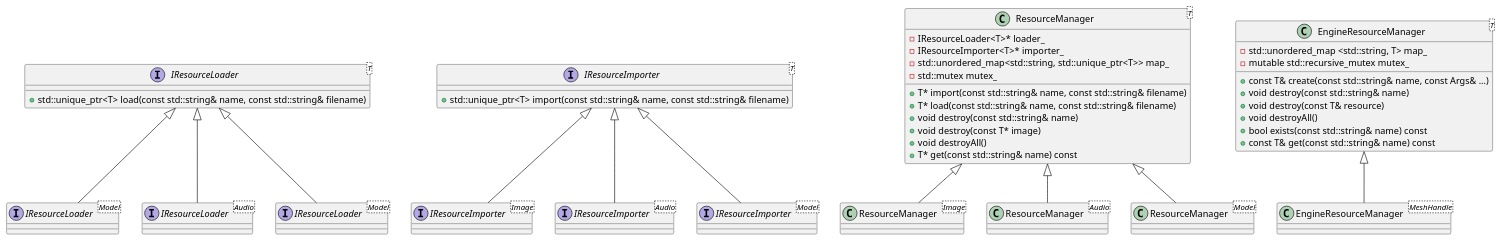
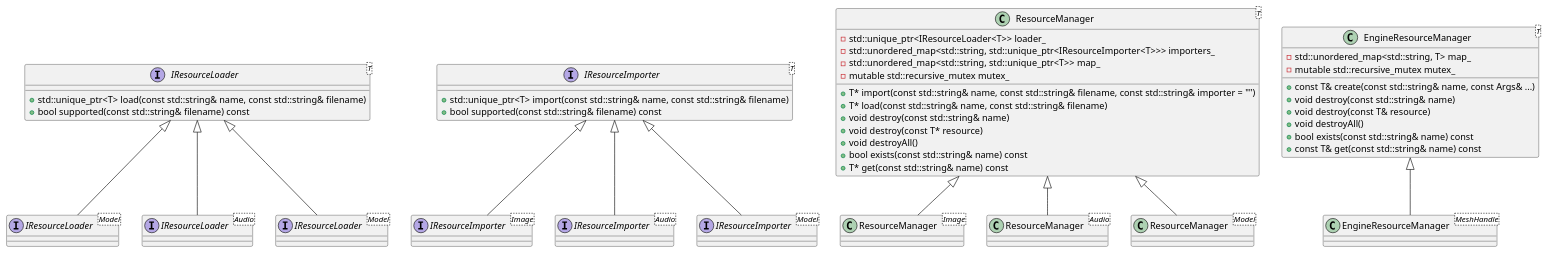
One commit to icebreakersentertainment/ice_engine changed the diagram in design/resource_management_architecture.puml. Above: the diagram before and after it, drawn with PlantUML. The commit also changed 21 other files, not shown here.

```diff
--- a/design/resource_management_architecture.puml
+++ b/design/resource_management_architecture.puml
@@ -1,90 +1,78 @@
 @startuml
 
 'class Image
 'class Audio
 'class Model
 
 interface "IResourceLoader<T>" as IResourceLoader_t
 {
     + std::unique_ptr<T> load(const std::string& name, const std::string& filename)
+    + bool supported(const std::string& filename) const
 }
 
 interface "IResourceImporter<T>" as IResourceImporter_t
 {
     + std::unique_ptr<T> import(const std::string& name, const std::string& filename)
+    + bool supported(const std::string& filename) const
 }
 
-interface "IResourceLoader<Model>" as IResourceLoader_Image
-IResourceLoader_t <|-- IResourceLoader_Image
+interface "IResourceLoader<Model>" as IResourceLoader_Image extends IResourceLoader_t
+interface "IResourceLoader<Audio>" as IResourceLoader_Audio extends IResourceLoader_t
+interface "IResourceLoader<Model>" as IResourceLoader_Model extends IResourceLoader_t
 
-interface "IResourceLoader<Audio>" as IResourceLoader_Audio
-IResourceLoader_t <|-- IResourceLoader_Audio
-
-interface "IResourceLoader<Model>" as IResourceLoader_Model
-IResourceLoader_t <|-- IResourceLoader_Model
-
-interface "IResourceImporter<Image>" as IResourceImporter_Image
-IResourceImporter_t <|-- IResourceImporter_Image
-
-interface "IResourceImporter<Audio>" as IResourceImporter_Audio
-IResourceImporter_t <|-- IResourceImporter_Audio
-
-interface "IResourceImporter<Model>" as IResourceImporter_Model
-IResourceImporter_t <|-- IResourceImporter_Model
+interface "IResourceImporter<Image>" as IResourceImporter_Image extends IResourceImporter_t
+interface "IResourceImporter<Audio>" as IResourceImporter_Audio extends IResourceImporter_t
+interface "IResourceImporter<Model>" as IResourceImporter_Model extends IResourceImporter_t
 
 class "ResourceManager<T>" as ResourceManager_t
 {
-    - IResourceLoader<T>* loader_
-    - IResourceImporter<T>* importer_
+    - std::unique_ptr<IResourceLoader<T>> loader_
+'    - IResourceImporter<T>* importer_
+    - std::unordered_map<std::string, std::unique_ptr<IResourceImporter<T>>> importers_
     - std::unordered_map<std::string, std::unique_ptr<T>> map_
-    - std::mutex mutex_
+    - mutable std::recursive_mutex mutex_
 
-    + T* import(const std::string& name, const std::string& filename)
+    + T* import(const std::string& name, const std::string& filename, const std::string& importer = "")
     + T* load(const std::string& name, const std::string& filename)
     + void destroy(const std::string& name)
-    + void destroy(const T* image)
+    + void destroy(const T* resource)
     + void destroyAll()
+    + bool exists(const std::string& name) const
     + T* get(const std::string& name) const
 }
 
-class "ResourceManager<Image>" as ResourceManager_Image
-ResourceManager_t <|-- ResourceManager_Image
-
-class "ResourceManager<Audio>" as ResourceManager_Audio
-ResourceManager_t <|-- ResourceManager_Audio
-
-class "ResourceManager<Model>" as ResourceManager_Model
-ResourceManager_t <|-- ResourceManager_Model
+class "ResourceManager<Image>" as ResourceManager_Image extends ResourceManager_t
+class "ResourceManager<Audio>" as ResourceManager_Audio extends ResourceManager_t
+class "ResourceManager<Model>" as ResourceManager_Model extends ResourceManager_t
 
 'class "EngineResourceCache<T>" as EngineResourceCache_t
 '{
 '    - std::unordered_map<std::string, T> map_
 '    - std::mutex mutex_
 '
 '    + void add(const std::string& name, const T& resource)
 '    + void remove(const std::string& name)
 '    + void removeAll()
 '    + bool exists(const std::string& name) const
 '    + const T& get(const std::string& name) const
 '    + const std::unordered_map<std::string, T>& map() const
 '}
 
 'class MeshHandle
 
 class "EngineResourceManager<T>" as EngineResourceManager_t
 {
-    - std::unordered_map <std::string, T> map_
+    - std::unordered_map<std::string, T> map_
     - mutable std::recursive_mutex mutex_
 
     + const T& create(const std::string& name, const Args& ...)
     + void destroy(const std::string& name)
     + void destroy(const T& resource)
     + void destroyAll()
     + bool exists(const std::string& name) const
     + const T& get(const std::string& name) const
 }
 
-class "EngineResourceManager<MeshHandle>" as EngineResourceManager_MeshHandle
-EngineResourceManager_t <|-- EngineResourceManager_MeshHandle
+class "EngineResourceManager<MeshHandle>" as EngineResourceManager_MeshHandle extends EngineResourceManager_t
 
 @enduml
```
